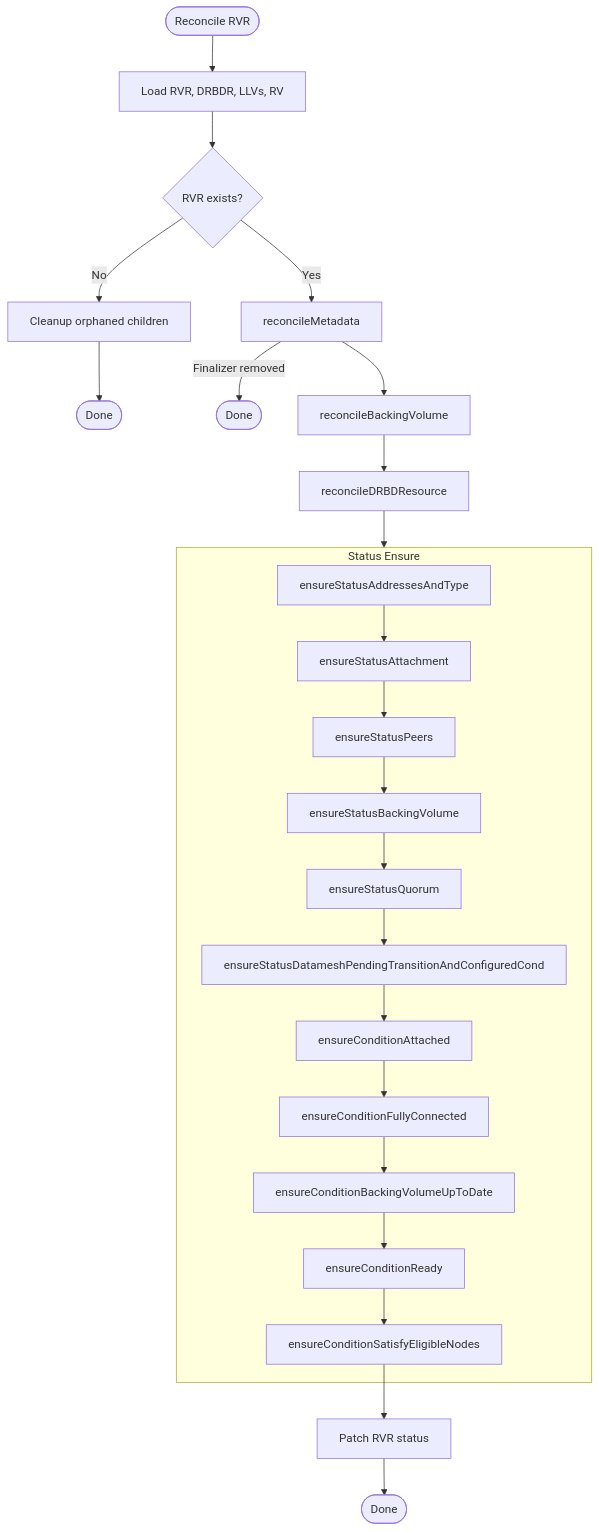
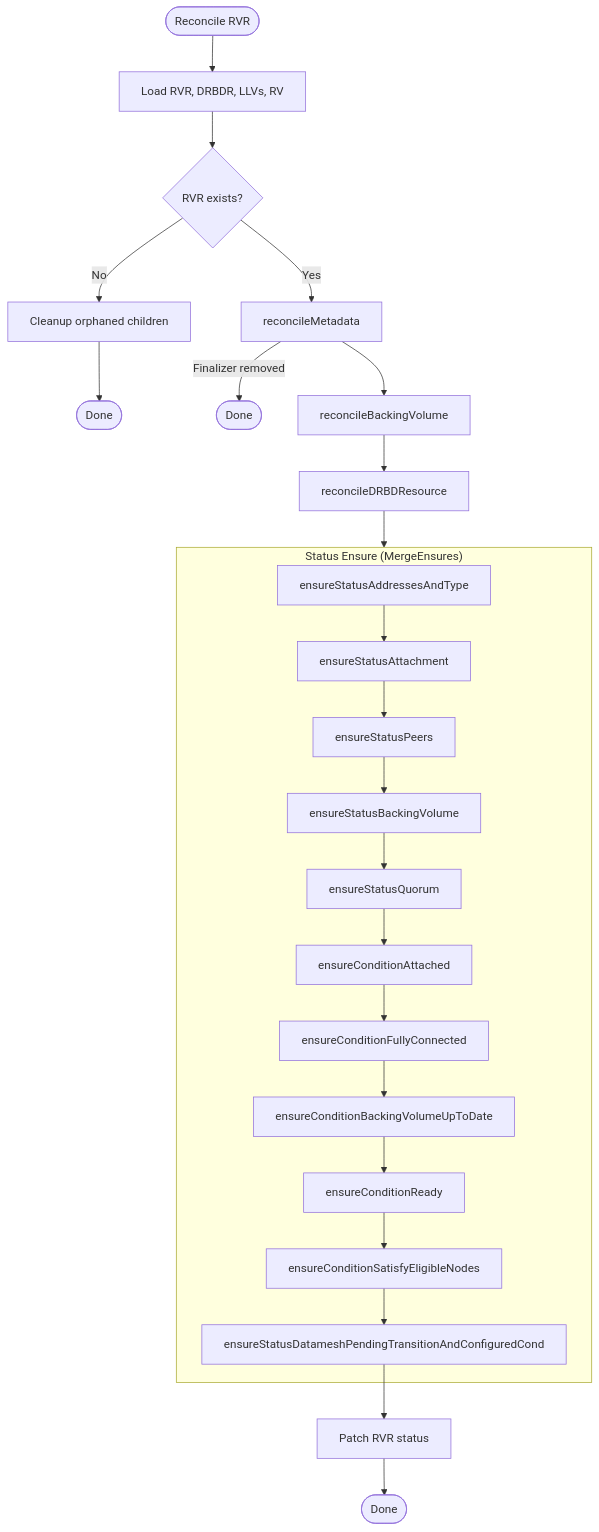
Before and after one commit to deckhouse/sds-replicated-volume: the first of 15 diagrams in images/controller/internal/controllers/rvr_controller/README.md, drawn with Mermaid. The commit also changed other lines of this file and 20 other files, not shown here.

````diff
--- a/images/controller/internal/controllers/rvr_controller/README.md
+++ b/images/controller/internal/controllers/rvr_controller/README.md
@@ -123,32 +122,32 @@
 ```mermaid
 flowchart TD
     Start([Reconcile RVR]) --> Load[Load RVR, DRBDR, LLVs, RV]
     Load --> CheckExists{RVR exists?}
 
     CheckExists -->|No| Cleanup[Cleanup orphaned children]
     Cleanup --> Done1([Done])
 
     CheckExists -->|Yes| Meta[reconcileMetadata]
     Meta -->|Finalizer removed| Done2([Done])
     Meta --> BV[reconcileBackingVolume]
     BV --> DRBDR[reconcileDRBDResource]
 
     DRBDR --> StatusBlock
 
-    subgraph StatusBlock [Status Ensure]
+    subgraph StatusBlock ["Status Ensure (MergeEnsures)"]
         AddrType[ensureStatusAddressesAndType]
         AddrType --> StatusAttach[ensureStatusAttachment]
         StatusAttach --> Peers[ensureStatusPeers]
         Peers --> BVStatus[ensureStatusBackingVolume]
         BVStatus --> StatusQuorum[ensureStatusQuorum]
-        StatusQuorum --> DmPendingAndCond[ensureStatusDatameshPendingTransitionAndConfiguredCond]
-        DmPendingAndCond --> CondAttach[ensureConditionAttached]
+        StatusQuorum --> CondAttach[ensureConditionAttached]
         CondAttach --> PeersCond[ensureConditionFullyConnected]
         PeersCond --> BVInSync[ensureConditionBackingVolumeUpToDate]
         BVInSync --> CondReady[ensureConditionReady]
         CondReady --> SEN[ensureConditionSatisfyEligibleNodes]
+        SEN --> DmPendingAndCond[ensureStatusDatameshPendingTransitionAndConfiguredCond]
     end
 
-    SEN --> Patch[Patch RVR status]
+    DmPendingAndCond --> Patch[Patch RVR status]
     Patch --> EndNode([Done])
 ```
````
